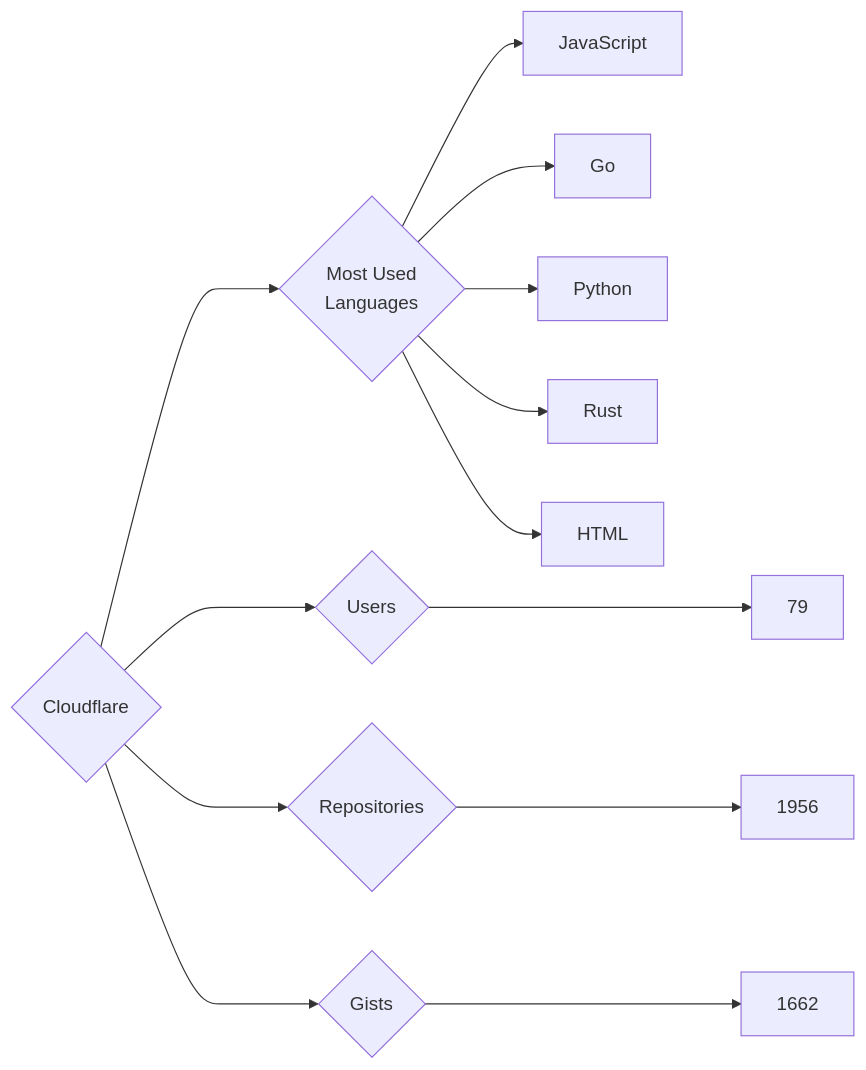
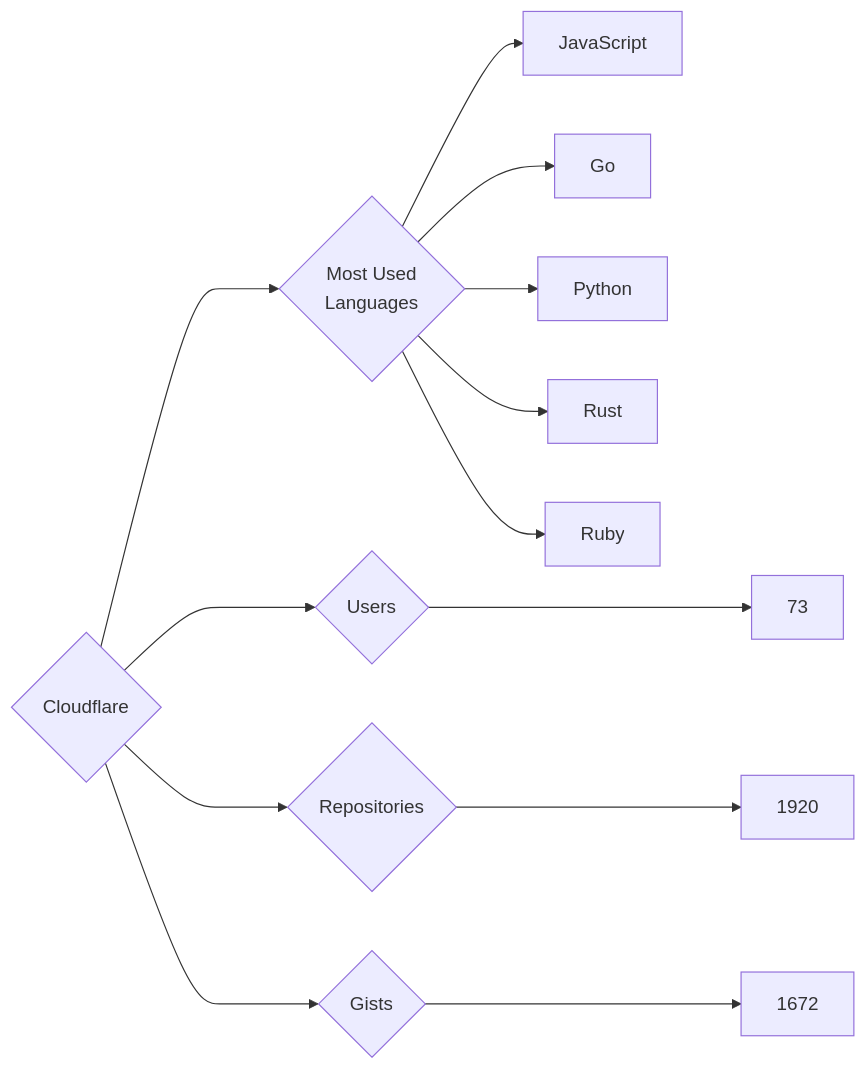
One commit to trickest/insiders changed the diagram in targets/Cloudflare/README.md. Above: the diagram before and after it, drawn with Mermaid. The commit also changed 860 other files, not shown here.

````diff
--- a/targets/Cloudflare/README.md
+++ b/targets/Cloudflare/README.md
@@ -3,13 +3,13 @@
 ```mermaid
 graph LR
 COMPANY_NAME{Cloudflare}
-COMPANY_NAME ---> U{Users} ---> UN[79]
-COMPANY_NAME ---> R{Repositories} ---> RN[1956]
-COMPANY_NAME ---> G{Gists} ---> GN[1662]
+COMPANY_NAME ---> U{Users} ---> UN[73]
+COMPANY_NAME ---> R{Repositories} ---> RN[1920]
+COMPANY_NAME ---> G{Gists} ---> GN[1672]
 COMPANY_NAME ---> ML{Most Used<br>Languages}
 ML --> JavaScript[JavaScript]
 ML --> Go[Go]
 ML --> Python[Python]
 ML --> Rust[Rust]
-ML --> HTML[HTML]
+ML --> Ruby[Ruby]
 ```
````
